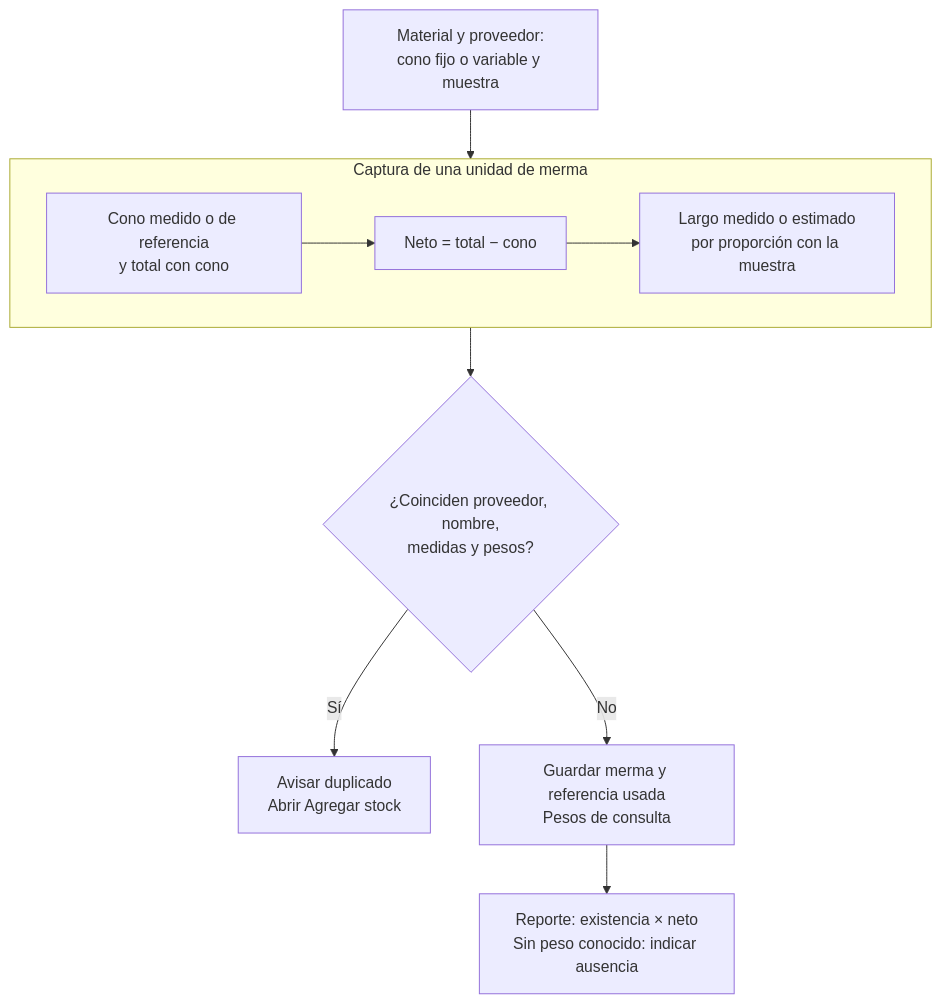
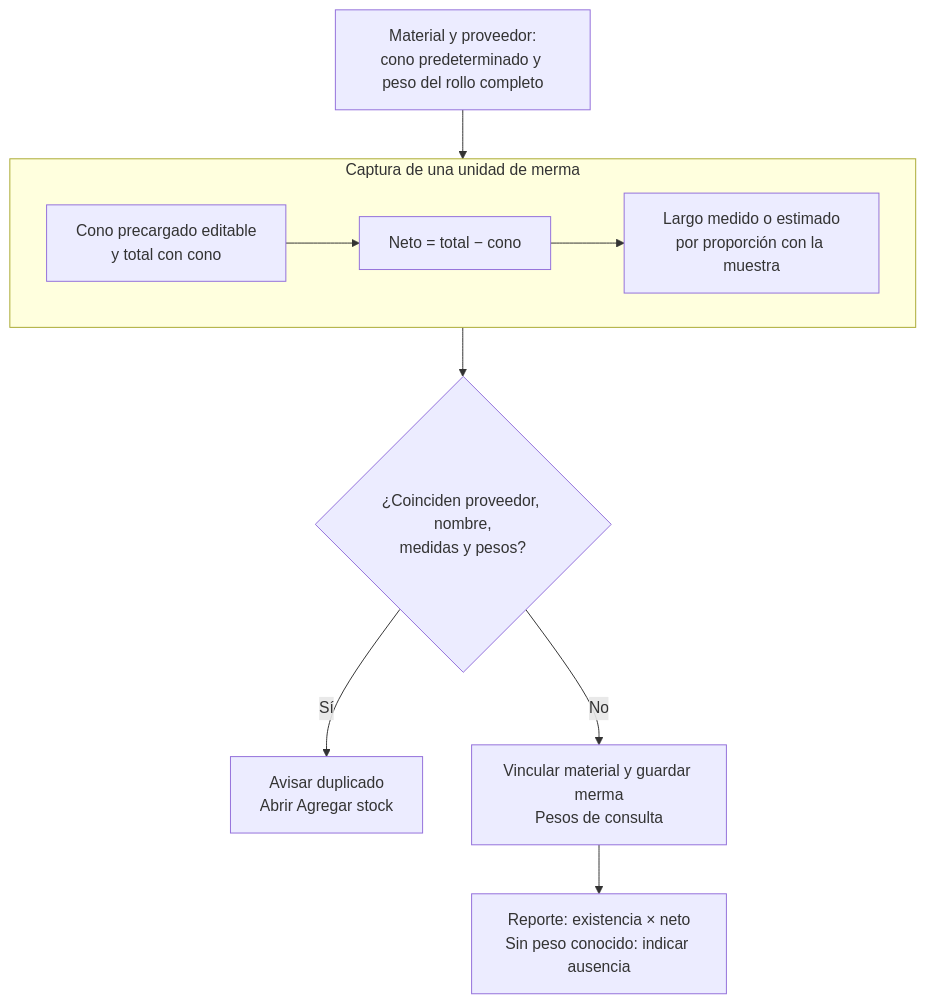
One commit to gpgsistemas01/nexus changed the diagram in docs/requirements/requirements-specification/04-unified-catalog-by-scope/04-queries-reports-and-modeled-functions.md. Above: the diagram before and after it, drawn with Mermaid. The commit also changed other lines of this file and 72 other files, not shown here.

Commit message:
Simplifica el registro de mermas reutilizando datos del material

````diff
--- a/docs/requirements/requirements-specification/04-unified-catalog-by-scope/04-queries-reports-and-modeled-functions.md
+++ b/docs/requirements/requirements-specification/04-unified-catalog-by-scope/04-queries-reports-and-modeled-functions.md
@@ -61,13 +61,13 @@
 ```mermaid
 flowchart TB
-    Oferta["Material y proveedor:<br/>cono fijo o variable y muestra"] --> Pesos
+    Oferta["Material y proveedor:<br/>cono predeterminado y peso del rollo completo"] --> Pesos
     subgraph Pesos["Captura de una unidad de merma"]
         direction LR
-        Captura["Cono medido o de referencia<br/>y total con cono"] --> Neto["Neto = total − cono"]
+        Captura["Cono precargado editable<br/>y total con cono"] --> Neto["Neto = total − cono"]
         Neto --> Largo["Largo medido o estimado<br/>por proporción con la muestra"]
     end
     Pesos --> Identidad{"¿Coinciden proveedor, nombre,<br/>medidas y pesos?"}
     Identidad -->|Sí| Stock["Avisar duplicado<br/>Abrir Agregar stock"]
-    Identidad -->|No| Guardar["Guardar merma y referencia usada<br/>Pesos de consulta"]
+    Identidad -->|No| Guardar["Vincular material y guardar merma<br/>Pesos de consulta"]
     Guardar --> Reporte["Reporte: existencia × neto<br/>Sin peso conocido: indicar ausencia"]
 ```
````
